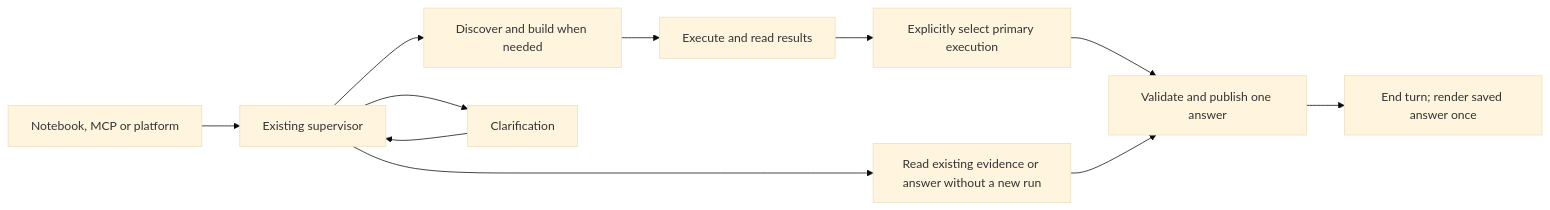
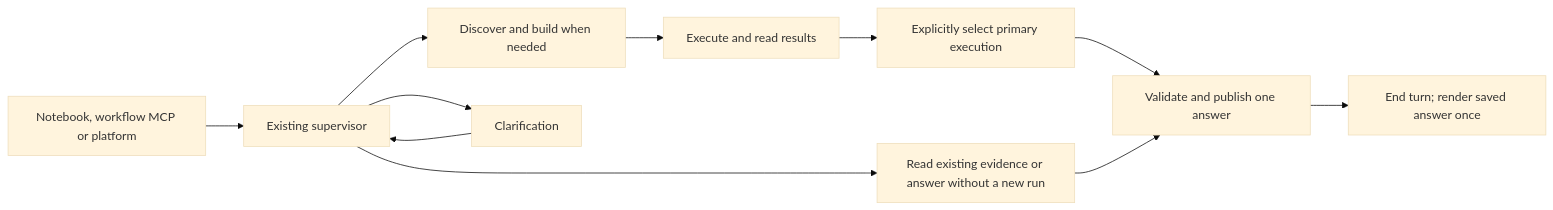
Before and after one commit to EPOCHDevs/EpochSDK: the diagram in docs/research-flow.md, drawn with Mermaid (base theme). The commit also changed other lines of this file and 2 other files, not shown here.

Commit message:
Clarify current MCP documentation and workflow compatibility

````diff
--- a/docs/research-flow.md
+++ b/docs/research-flow.md
@@ -13,13 +18,13 @@
 ```mermaid
 flowchart LR
-    Caller[Notebook, MCP or platform] --> Research[Existing supervisor]
+    Caller[Notebook, workflow MCP or platform] --> Research[Existing supervisor]
     Research --> Build[Discover and build when needed]
     Build --> Execute[Execute and read results]
     Execute --> Select[Explicitly select primary execution]
     Research --> Explain[Read existing evidence or answer without a new run]
     Select --> Publish[Validate and publish one answer]
     Explain --> Publish
     Publish --> End[End turn; render saved answer once]
     Research --> Questions[Clarification]
     Questions --> Research
 ```
````
